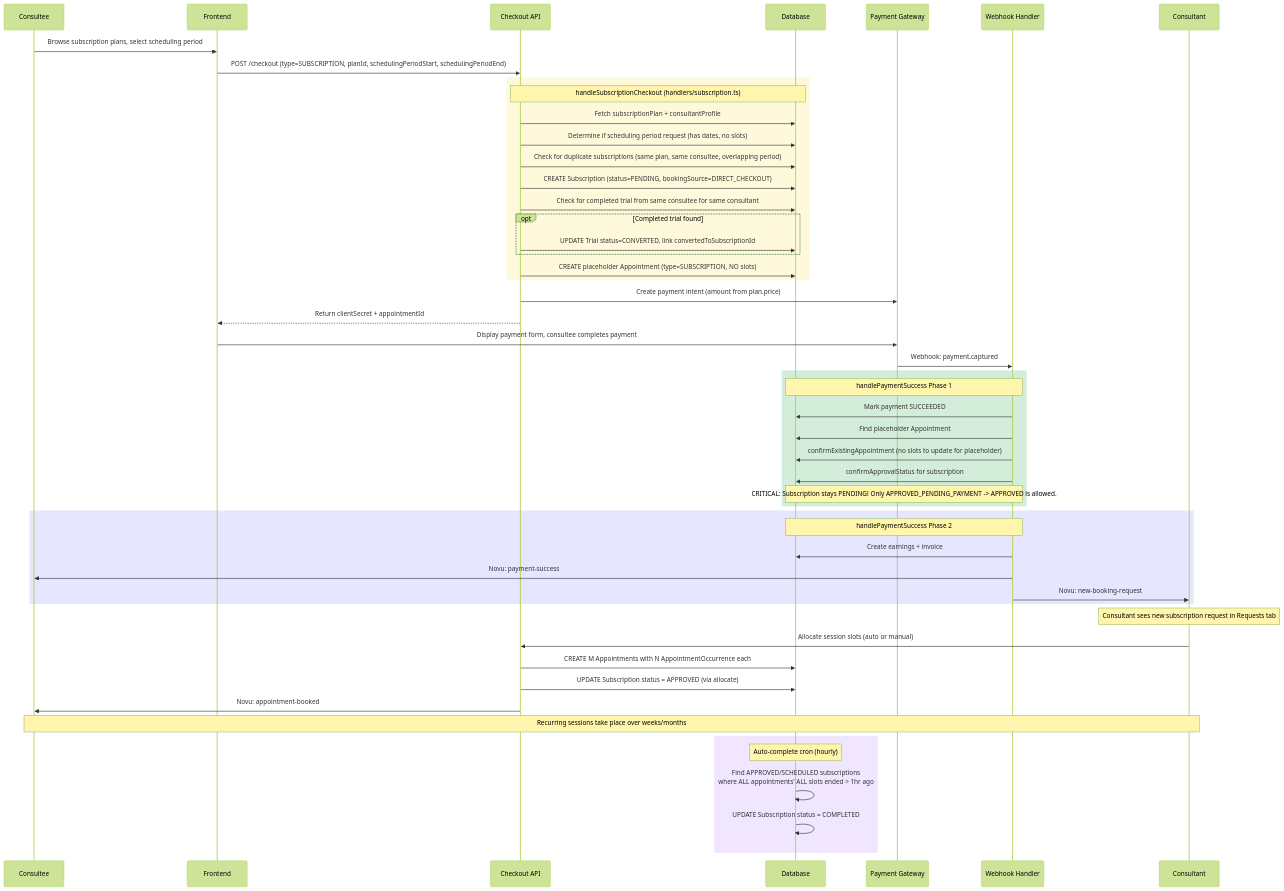
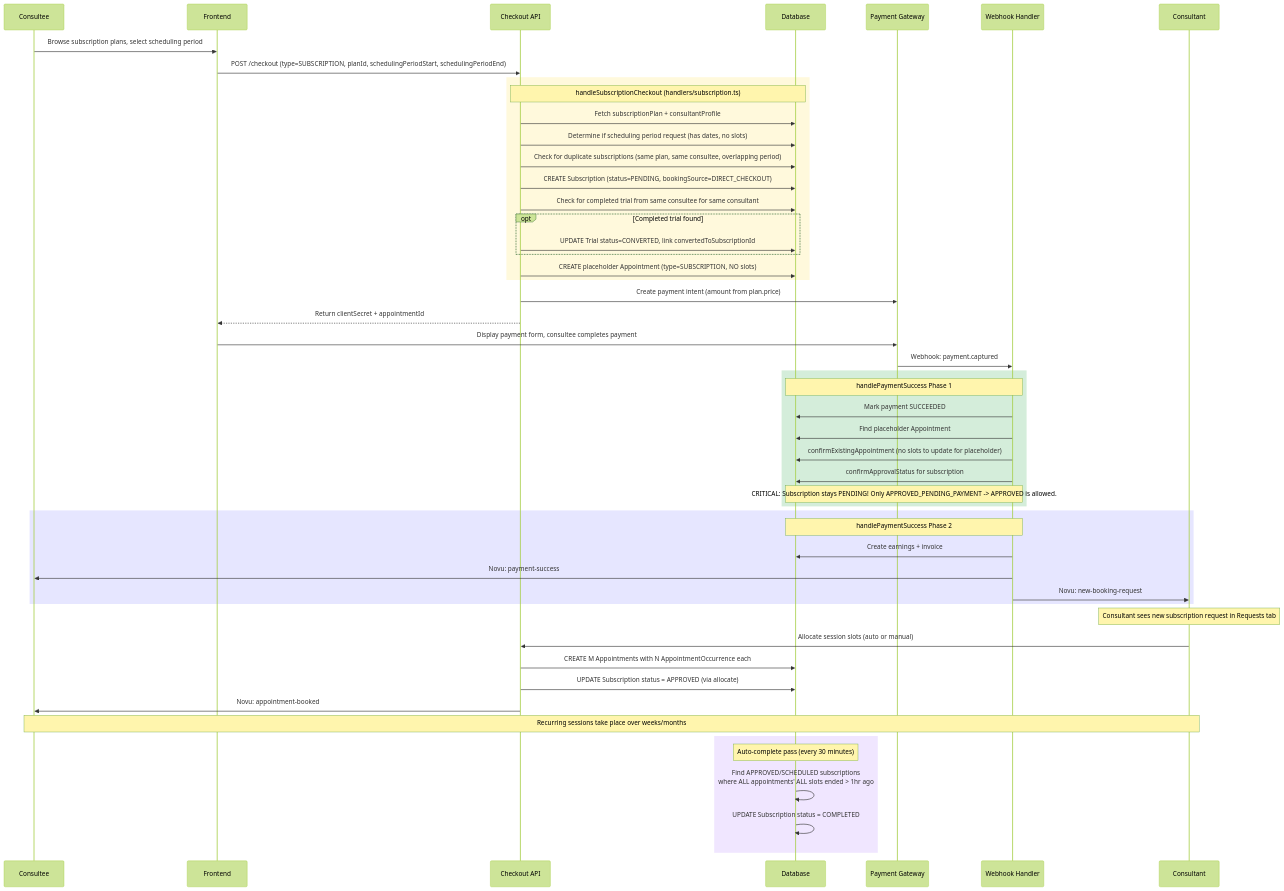
Before and after one commit to Practitionist/familiarise_web: the fifth of 16 diagrams in docs/booking/06-booking-lifecycle.md, drawn with Mermaid (forest theme). The commit also changed other lines of this file and 20 other files, not shown here.

````diff
--- a/docs/booking/06-booking-lifecycle.md
+++ b/docs/booking/06-booking-lifecycle.md
@@ -320,62 +320,62 @@
 ```mermaid
 sequenceDiagram
     participant CE as Consultee
     participant FE as Frontend
     participant API as Checkout API
     participant DB as Database
     participant GW as Payment Gateway
     participant WH as Webhook Handler
     participant CT as Consultant
 
     CE->>FE: Browse subscription plans, select scheduling period
     FE->>API: POST /checkout (type=SUBSCRIPTION, planId, schedulingPeriodStart, schedulingPeriodEnd)
 
     rect rgb(255, 249, 220)
         Note over API,DB: handleSubscriptionCheckout (handlers/subscription.ts)
         API->>DB: Fetch subscriptionPlan + consultantProfile
         API->>DB: Determine if scheduling period request (has dates, no slots)
         API->>DB: Check for duplicate subscriptions (same plan, same consultee, overlapping period)
         API->>DB: CREATE Subscription (status=PENDING, bookingSource=DIRECT_CHECKOUT)
         API->>DB: Check for completed trial from same consultee for same consultant
         opt Completed trial found
             API->>DB: UPDATE Trial status=CONVERTED, link convertedToSubscriptionId
         end
         API->>DB: CREATE placeholder Appointment (type=SUBSCRIPTION, NO slots)
     end
 
     API->>GW: Create payment intent (amount from plan.price)
     API-->>FE: Return clientSecret + appointmentId
     FE->>GW: Display payment form, consultee completes payment
     GW->>WH: Webhook: payment.captured
 
     rect rgb(212, 237, 218)
         Note over WH,DB: handlePaymentSuccess Phase 1
         WH->>DB: Mark payment SUCCEEDED
         WH->>DB: Find placeholder Appointment
         WH->>DB: confirmExistingAppointment (no slots to update for placeholder)
         WH->>DB: confirmApprovalStatus for subscription
         Note over WH,DB: CRITICAL: Subscription stays PENDING! Only APPROVED_PENDING_PAYMENT -> APPROVED is allowed.
     end
 
     rect rgb(230, 230, 255)
         Note over WH,DB: handlePaymentSuccess Phase 2
         WH->>DB: Create earnings + invoice
         WH->>CE: Novu: payment-success
         WH->>CT: Novu: new-booking-request
     end
 
     Note over CT: Consultant sees new subscription request in Requests tab
 
     CT->>API: Allocate session slots (auto or manual)
     API->>DB: CREATE M Appointments with N AppointmentOccurrence each
     API->>DB: UPDATE Subscription status = APPROVED (via allocate)
     API->>CE: Novu: appointment-booked
 
     Note over CE,CT: Recurring sessions take place over weeks/months
 
     rect rgb(240, 230, 255)
-        Note over DB: Auto-complete cron (hourly)
+        Note over DB: Auto-complete pass (every 30 minutes)
         DB->>DB: Find APPROVED/SCHEDULED subscriptions<br/>where ALL appointments' ALL slots ended > 1hr ago
         DB->>DB: UPDATE Subscription status = COMPLETED
     end
 ```
````
